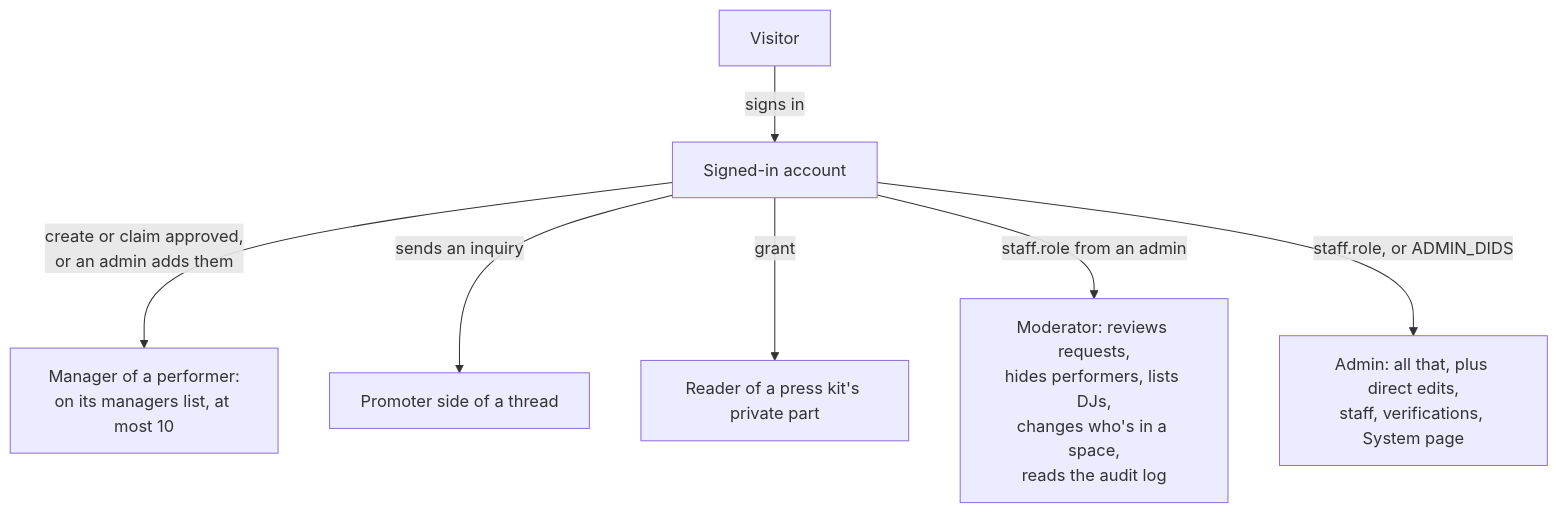
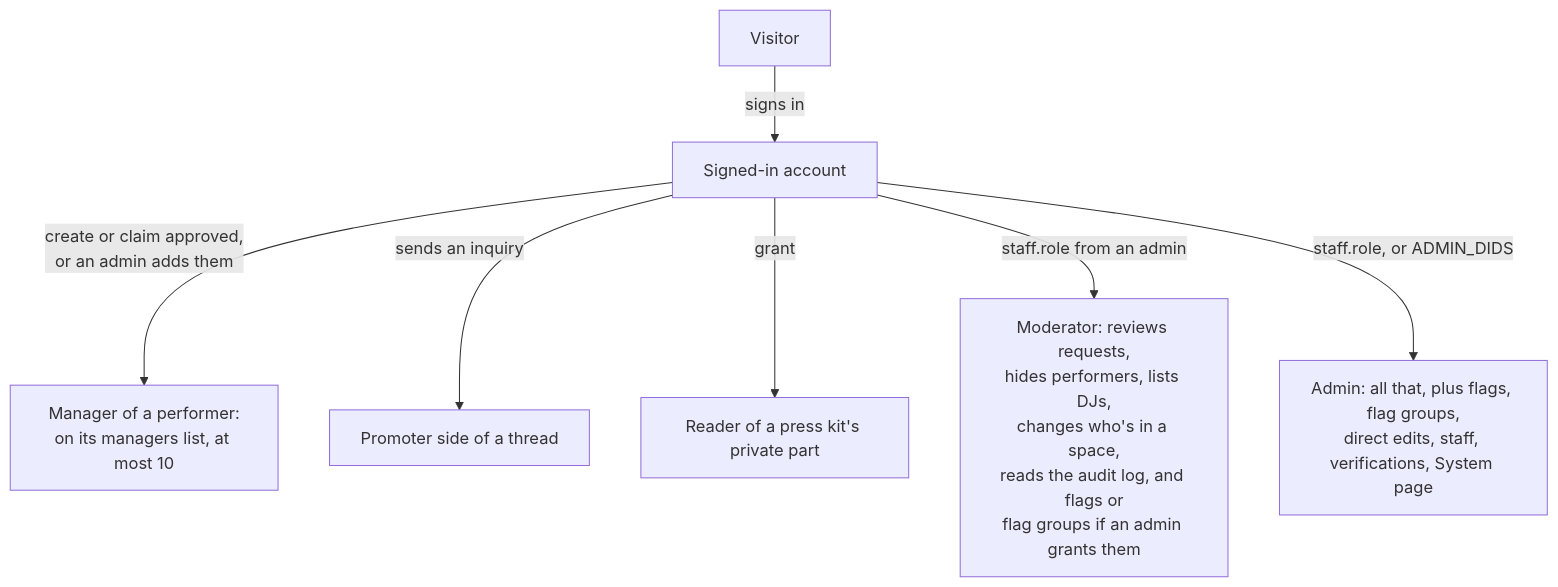
The ninth of 10 diagrams in apps/web/docs/diagrams/accounts.md (cutenode/localnetwork), drawn with Mermaid before and after one commit. The commit also changed other lines of this file and 8 other files, not shown here.

First line of the commit message:
docs(web): bring the diagrams in line with the code

````diff
--- a/apps/web/docs/diagrams/accounts.md
+++ b/apps/web/docs/diagrams/accounts.md
@@ -208,9 +208,9 @@
 ```mermaid
 flowchart TD
   Visitor["Visitor"] -- "signs in" --> Account["Signed-in account"]
   Account -- "create or claim approved,<br/>or an admin adds them" --> Manager["Manager of a performer:<br/>on its managers list, at most 10"]
   Account -- "sends an inquiry" --> Asker["Promoter side of a thread"]
   Account -- "grant" --> Reader["Reader of a press kit's private part"]
-  Account -- "staff.role from an admin" --> Mod["Moderator: reviews requests,<br/>hides performers, lists DJs,<br/>changes who's in a space,<br/>reads the audit log"]
-  Account -- "staff.role, or ADMIN_DIDS" --> Admin["Admin: all that, plus direct edits,<br/>staff, verifications, System page"]
+  Account -- "staff.role from an admin" --> Mod["Moderator: reviews requests,<br/>hides performers, lists DJs,<br/>changes who's in a space,<br/>reads the audit log, and flags or<br/>flag groups if an admin grants them"]
+  Account -- "staff.role, or ADMIN_DIDS" --> Admin["Admin: all that, plus flags, flag groups,<br/>direct edits, staff, verifications, System page"]
 ```
````
